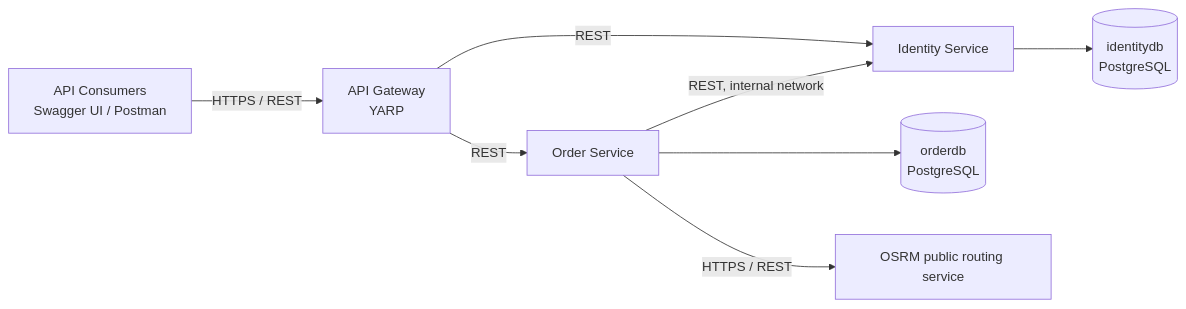
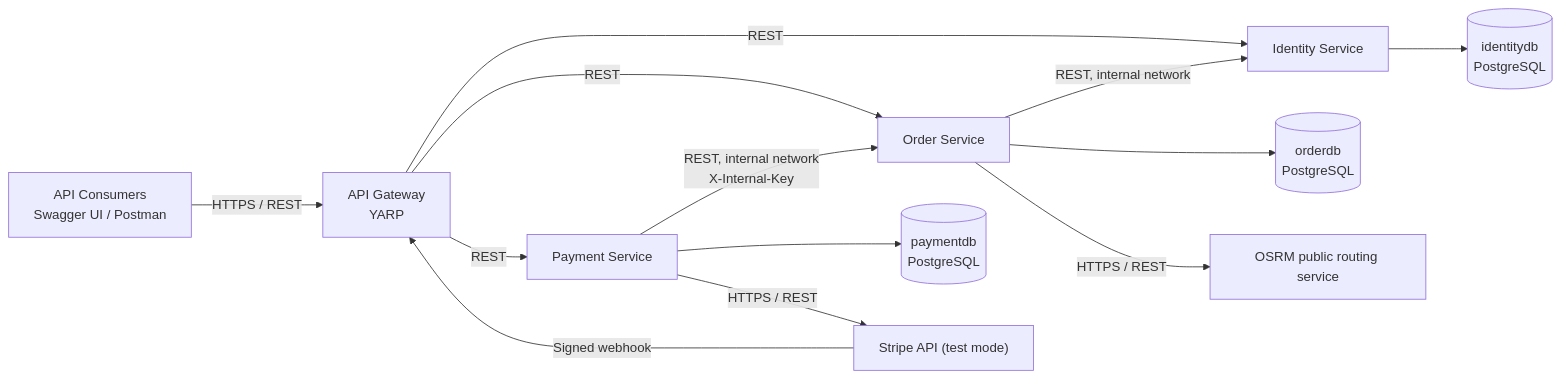
Before and after one commit to RenatoB04/Lesto: the diagram in docs/architecture.md, drawn with Mermaid. The commit also changed other lines of this file and 51 other files, not shown here.

Commit message:
Add Stripe payments with a dedicated Payment Service

````diff
--- a/docs/architecture.md
+++ b/docs/architecture.md
@@ -10,10 +10,15 @@
 ```mermaid
 flowchart LR
     Consumer["API Consumers\nSwagger UI / Postman"] -->|HTTPS / REST| Gateway["API Gateway\nYARP"]
     Gateway -->|REST| Identity["Identity Service"]
     Gateway -->|REST| Order["Order Service"]
     Order -->|REST, internal network| Identity
     Identity --> IdentityDb[("identitydb\nPostgreSQL")]
     Order --> OrderDb[("orderdb\nPostgreSQL")]
     Order -->|HTTPS / REST| Osrm["OSRM public routing service"]
+    Gateway -->|REST| Payment["Payment Service"]
+    Payment -->|REST, internal network\nX-Internal-Key| Order
+    Payment --> PaymentDb[("paymentdb\nPostgreSQL")]
+    Payment -->|HTTPS / REST| Stripe["Stripe API (test mode)"]
+    Stripe -->|Signed webhook| Gateway
 ```
````
